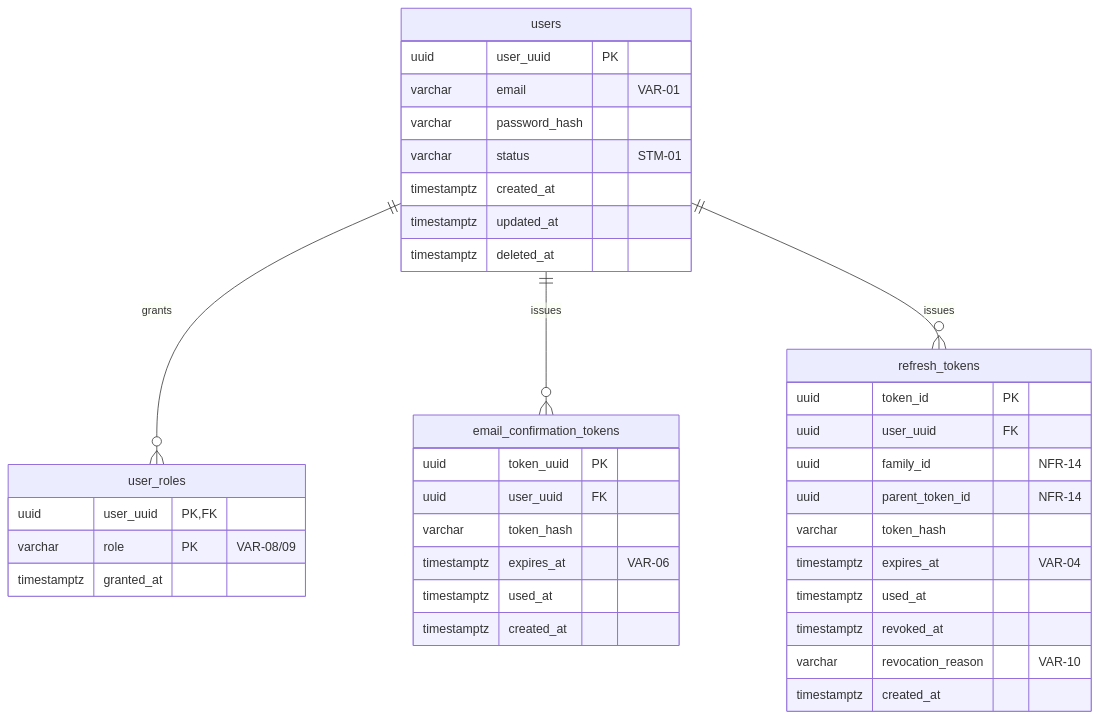
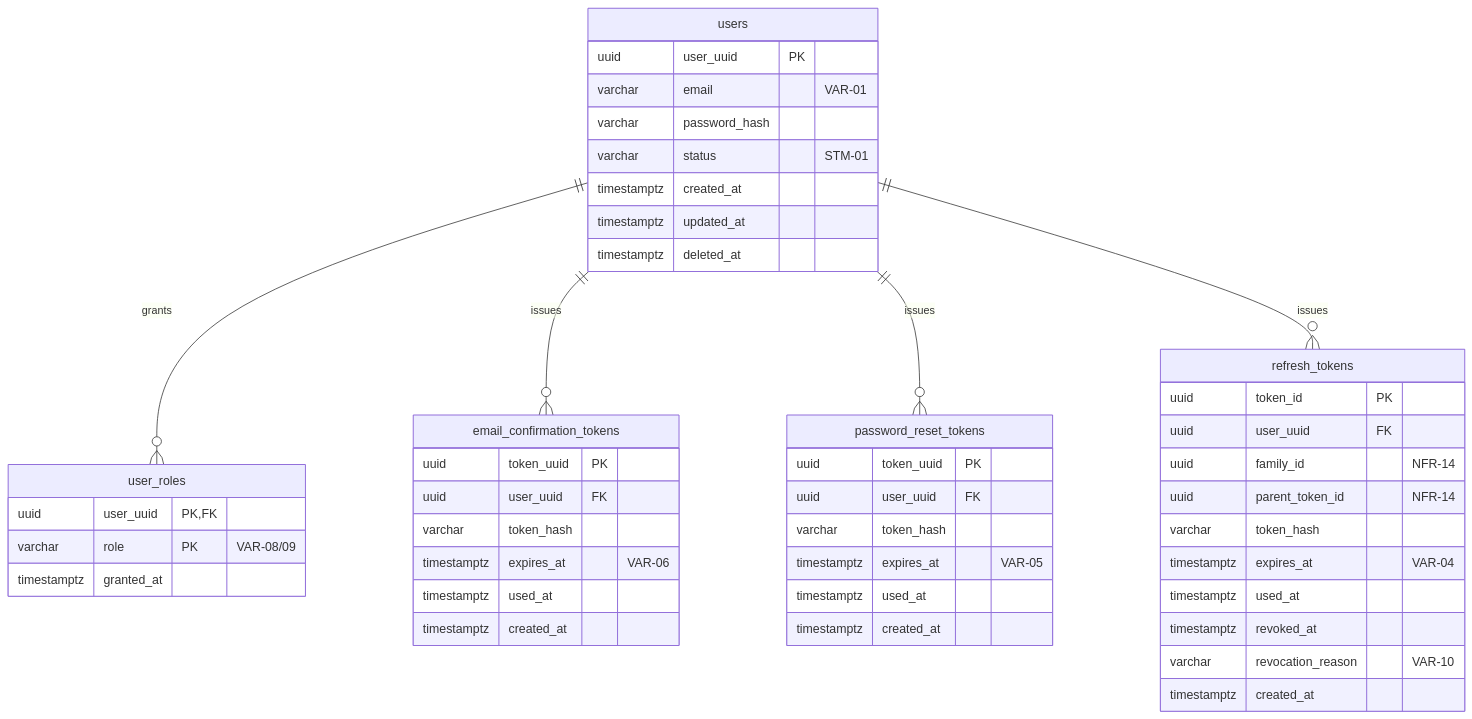
One commit to suunet/POC_HYDRA_AUTH changed the diagram in backend/auth/adapters/db/SCHEMA.md. Above: the diagram before and after it, drawn with Mermaid. The commit also changed other lines of this file and 6 other files, not shown here.

Commit message:
feat(T-018): cycle 2 - password_reset_tokens基盤(migration 0004・sqlc生成・domain.NewPasswordResetToken・発行Tx/完了Txリポジトリ・SCHEMA追従)

````diff
--- a/backend/auth/adapters/db/SCHEMA.md
+++ b/backend/auth/adapters/db/SCHEMA.md
@@ -7,41 +7,50 @@
 ```mermaid
 erDiagram
     users ||--o{ user_roles : "grants"
     users ||--o{ email_confirmation_tokens : "issues"
+    users ||--o{ password_reset_tokens : "issues"
     users ||--o{ refresh_tokens : "issues"
 
     users {
         uuid user_uuid PK
         varchar email "VAR-01"
         varchar password_hash
         varchar status "STM-01"
         timestamptz created_at
         timestamptz updated_at
         timestamptz deleted_at
     }
     user_roles {
         uuid user_uuid PK,FK
         varchar role PK "VAR-08/09"
         timestamptz granted_at
     }
     email_confirmation_tokens {
         uuid token_uuid PK
         uuid user_uuid FK
         varchar token_hash
         timestamptz expires_at "VAR-06"
         timestamptz used_at
         timestamptz created_at
     }
+    password_reset_tokens {
+        uuid token_uuid PK
+        uuid user_uuid FK
+        varchar token_hash
+        timestamptz expires_at "VAR-05"
+        timestamptz used_at
+        timestamptz created_at
+    }
     refresh_tokens {
         uuid token_id PK
         uuid user_uuid FK
         uuid family_id "NFR-14"
         uuid parent_token_id "NFR-14"
         varchar token_hash
         timestamptz expires_at "VAR-04"
         timestamptz used_at
         timestamptz revoked_at
         varchar revocation_reason "VAR-10"
         timestamptz created_at
     }
 ```
````
